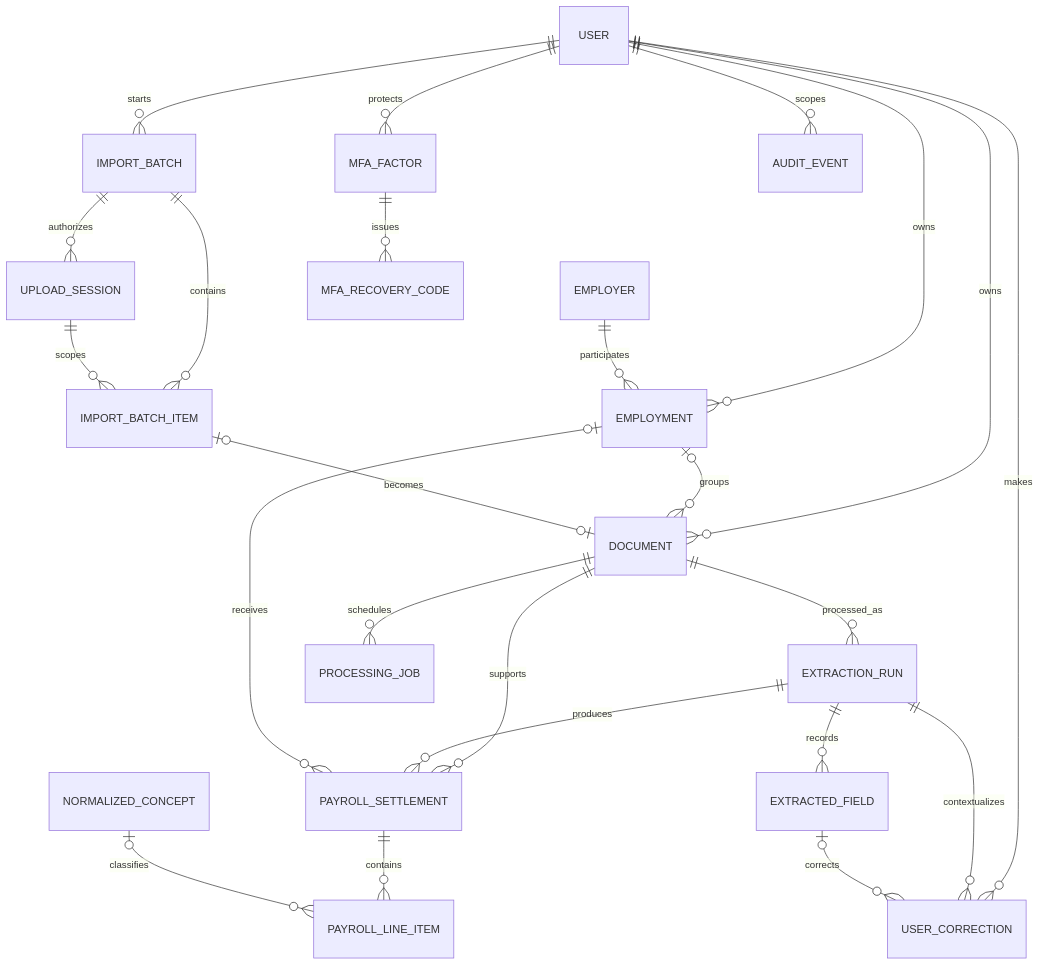
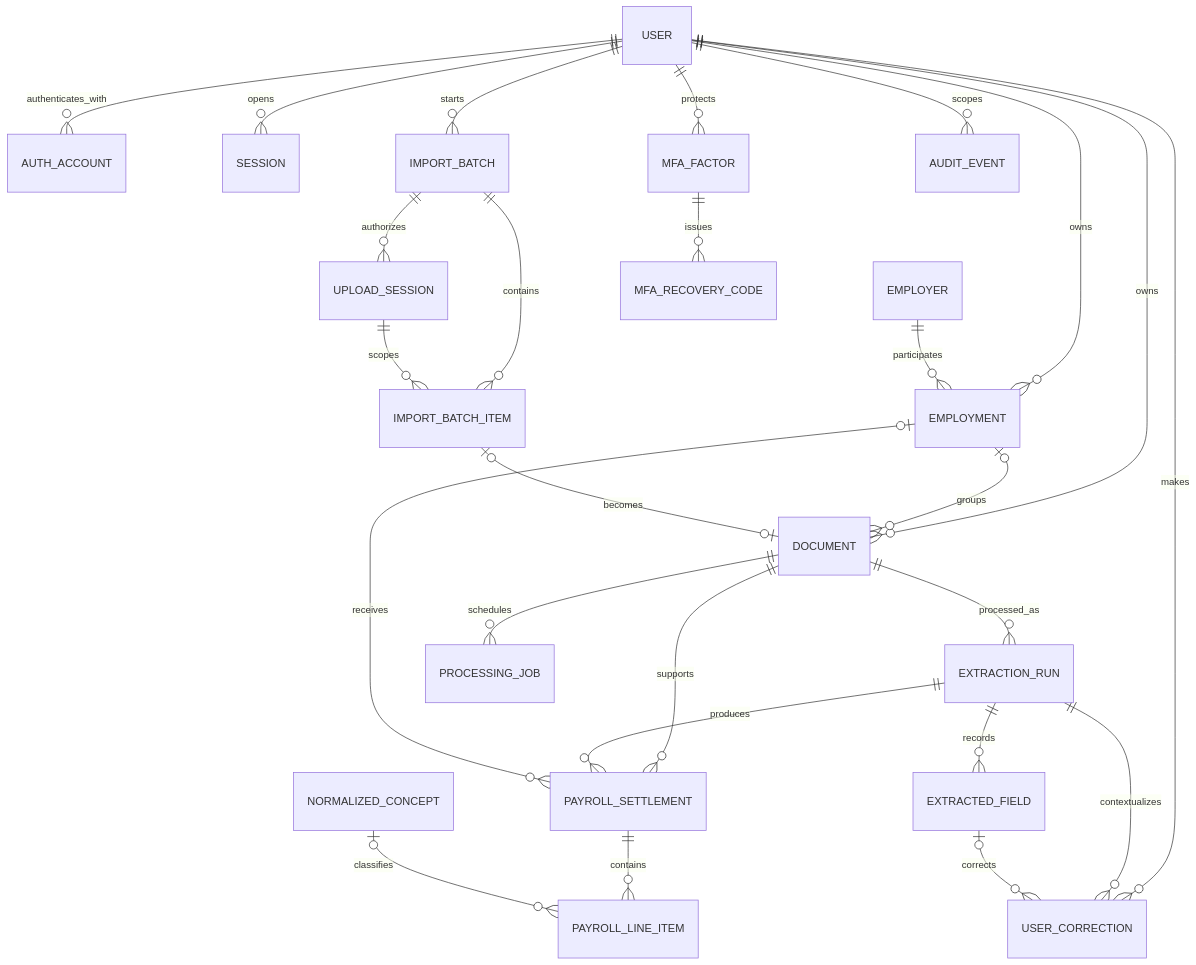
Before and after one commit to SebastianMacaya/Salarivo: the diagram in docs/architecture/domain-model.md, drawn with Mermaid. The commit also changed other lines of this file and 32 other files, not shown here.

```diff
--- a/docs/architecture/domain-model.md
+++ b/docs/architecture/domain-model.md
@@ -16,26 +16,28 @@
 ~~~mermaid
 erDiagram
+    USER ||--o{ AUTH_ACCOUNT : authenticates_with
+    USER ||--o{ SESSION : opens
     USER ||--o{ EMPLOYMENT : owns
     EMPLOYER ||--o{ EMPLOYMENT : participates
     USER ||--o{ IMPORT_BATCH : starts
     IMPORT_BATCH ||--o{ IMPORT_BATCH_ITEM : contains
     IMPORT_BATCH ||--o{ UPLOAD_SESSION : authorizes
     UPLOAD_SESSION ||--o{ IMPORT_BATCH_ITEM : scopes
     USER ||--o{ DOCUMENT : owns
     EMPLOYMENT o|--o{ DOCUMENT : groups
     IMPORT_BATCH_ITEM o|--o| DOCUMENT : becomes
     DOCUMENT ||--o{ EXTRACTION_RUN : processed_as
     DOCUMENT ||--o{ PROCESSING_JOB : schedules
     DOCUMENT ||--o{ PAYROLL_SETTLEMENT : supports
     EXTRACTION_RUN ||--o{ PAYROLL_SETTLEMENT : produces
     EXTRACTION_RUN ||--o{ EXTRACTED_FIELD : records
     EMPLOYMENT o|--o{ PAYROLL_SETTLEMENT : receives
     PAYROLL_SETTLEMENT ||--o{ PAYROLL_LINE_ITEM : contains
     NORMALIZED_CONCEPT o|--o{ PAYROLL_LINE_ITEM : classifies
     USER ||--o{ USER_CORRECTION : makes
     EXTRACTION_RUN ||--o{ USER_CORRECTION : contextualizes
     EXTRACTED_FIELD o|--o{ USER_CORRECTION : corrects
     USER ||--o{ MFA_FACTOR : protects
     MFA_FACTOR ||--o{ MFA_RECOVERY_CODE : issues
     USER ||--o{ AUDIT_EVENT : scopes
 ~~~
```
